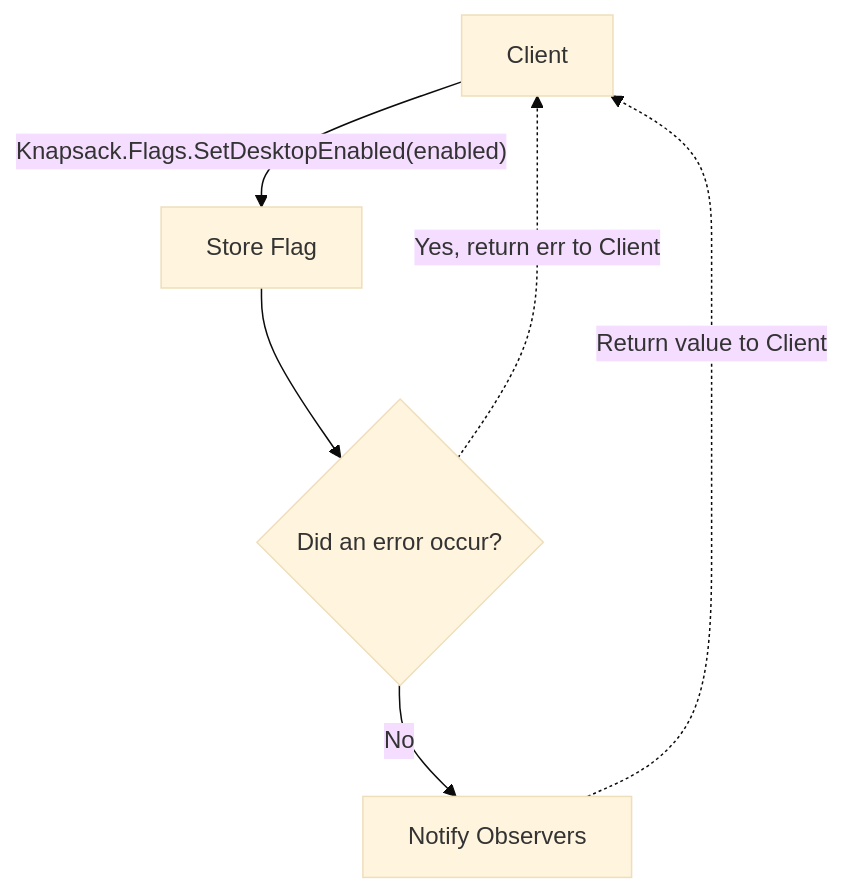
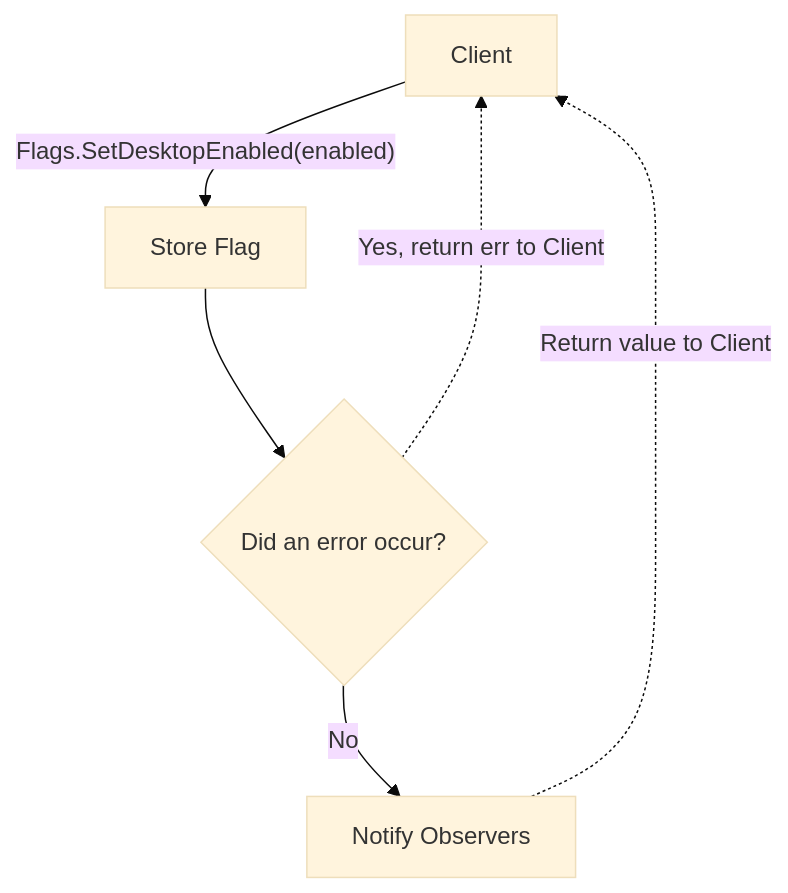
The second of 3 diagrams in docs/architecture/flags.md (kolide/launcher), drawn with Mermaid (base theme) before and after one commit. The commit also changed other lines of this file and 4 other files, not shown here.

````diff
--- a/docs/architecture/flags.md
+++ b/docs/architecture/flags.md
@@ -43,15 +43,15 @@
 ```mermaid
 flowchart TB
     Client[Client]
     Store[Store Flag]
     Notify[Notify Observers]
     Error{Did an error occur?}
 
-    Client -->|"Knapsack.Flags.SetDesktopEnabled(enabled)"|Store
+    Client -->|"Flags.SetDesktopEnabled(enabled)"|Store
 
     Store --> Error
     Error -->|No| Notify
     Error -.->|Yes, return err to Client| Client
 
     Notify -.->|Return value to Client| Client
 ```
````
